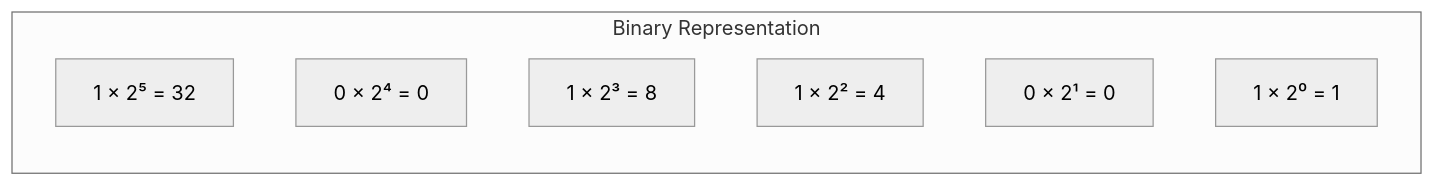
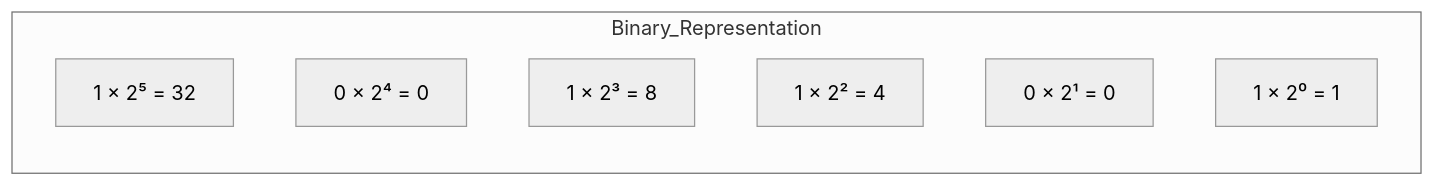
Before and after one commit to jaysalw/csref.dev: the first of 4 diagrams in docs/level-4/computing-skills/basic-maths.md, drawn with Mermaid (neutral theme). The commit also changed other lines of this file, not shown here.

````diff
--- a/docs/level-4/computing-skills/basic-maths.md
+++ b/docs/level-4/computing-skills/basic-maths.md
@@ -33,11 +29,11 @@
 ```mermaid
 graph LR
-  subgraph Binary Representation
+  subgraph Binary_Representation
   B1["1 × 2⁵ = 32"]
   B2["0 × 2⁴ = 0"]
   B3["1 × 2³ = 8"]
   B4["1 × 2² = 4"]
   B5["0 × 2¹ = 0"]
   B6["1 × 2⁰ = 1"]
   end
 ```
````
